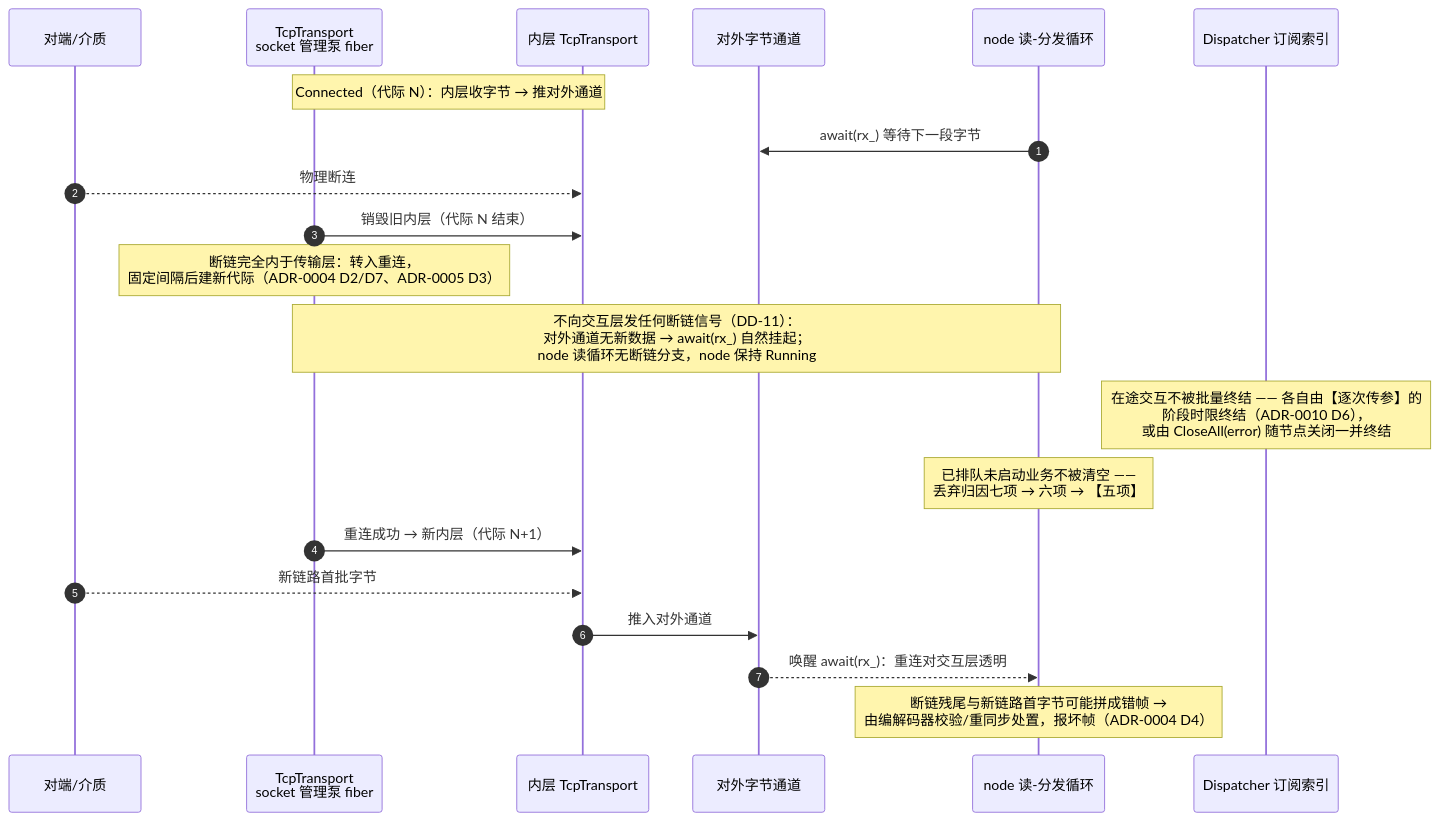
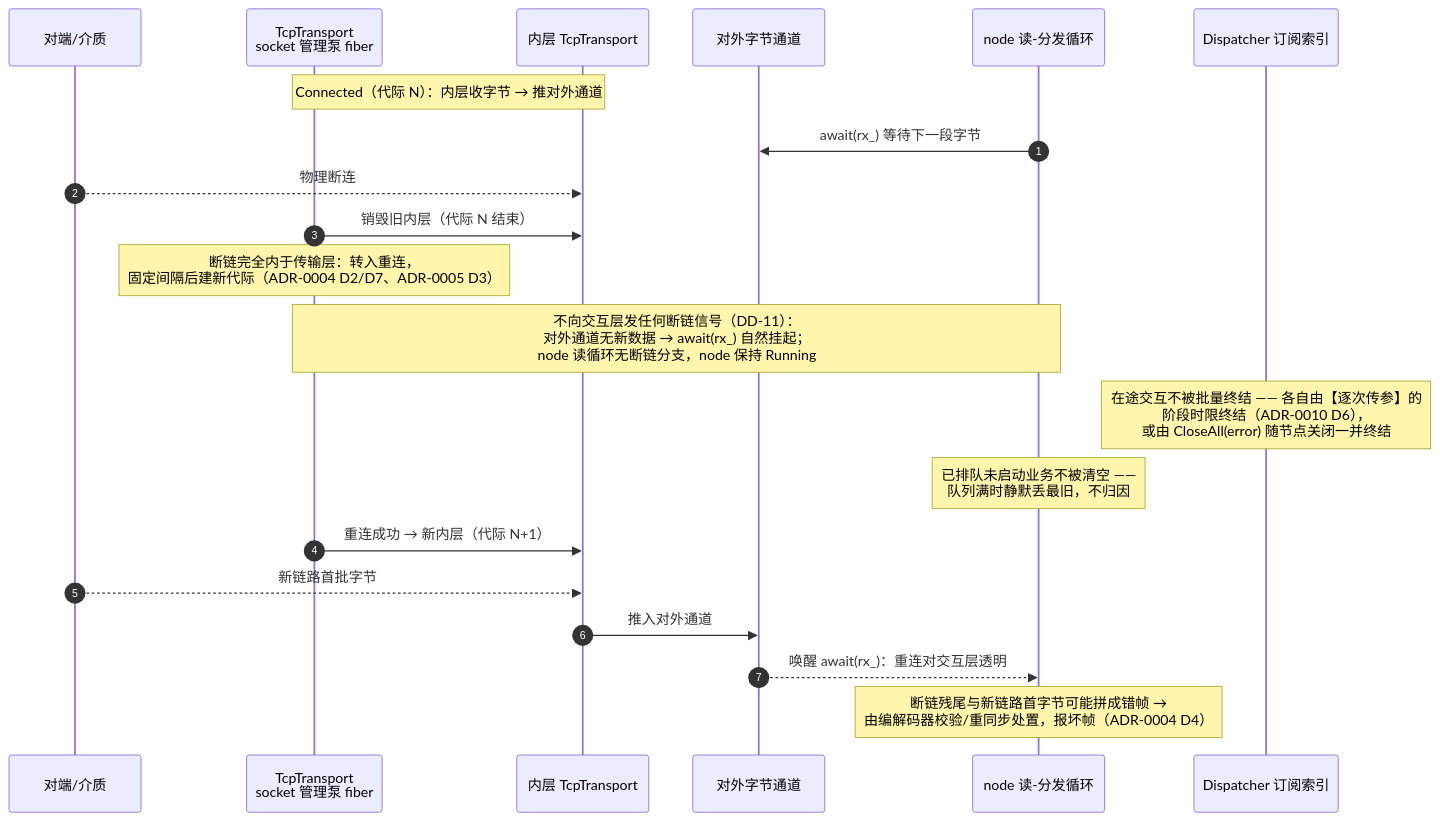
One commit to Ste7an-cs/Transport changed the diagram in docs/diagrams/seq-link-down.mmd. Above: the diagram before and after it, drawn with Mermaid. The commit also changed 31 other files, not shown here.

First line of the commit message:
docs+test: 补完 ADR-0014 的收尾——SRS/SDD/CONTEXT/图里的观测面残留一并清除

```diff
--- a/docs/diagrams/seq-link-down.mmd
+++ b/docs/diagrams/seq-link-down.mmd
@@ -1,25 +1,25 @@
 sequenceDiagram
     autonumber
     participant PEER as 对端/介质
     participant CL as TcpTransport<br/>socket 管理泵 fiber
     participant IN as 内层 TcpTransport
     participant CH as 对外字节通道
     participant RD as node 读-分发循环
     participant P as Dispatcher 订阅索引
 
     Note over CL,IN: Connected（代际 N）：内层收字节 → 推对外通道
     RD->>CH: await(rx_) 等待下一段字节
 
     PEER-->>IN: 物理断连
     CL->>IN: 销毁旧内层（代际 N 结束）
     Note over CL: 断链完全内于传输层：转入重连，<br/>固定间隔后建新代际（ADR-0004 D2/D7、ADR-0005 D3）
     Note over CL,RD: 不向交互层发任何断链信号（DD-11）：<br/>对外通道无新数据 → await(rx_) 自然挂起；<br/>node 读循环无断链分支，node 保持 Running
 
     Note over P: 在途交互不被批量终结 —— 各自由【逐次传参】的<br/>阶段时限终结（ADR-0010 D6），<br/>或由 CloseAll(error) 随节点关闭一并终结
-    Note over RD: 已排队未启动业务不被清空 ——<br/>丢弃归因七项 → 六项 → 【五项】
+    Note over RD: 已排队未启动业务不被清空 ——<br/>队列满时静默丢最旧，不归因
 
     CL->>IN: 重连成功 → 新内层（代际 N+1）
     PEER-->>IN: 新链路首批字节
     IN->>CH: 推入对外通道
     CH-->>RD: 唤醒 await(rx_)：重连对交互层透明
     Note over RD: 断链残尾与新链路首字节可能拼成错帧 →<br/>由编解码器校验/重同步处置，报坏帧（ADR-0004 D4）
```
